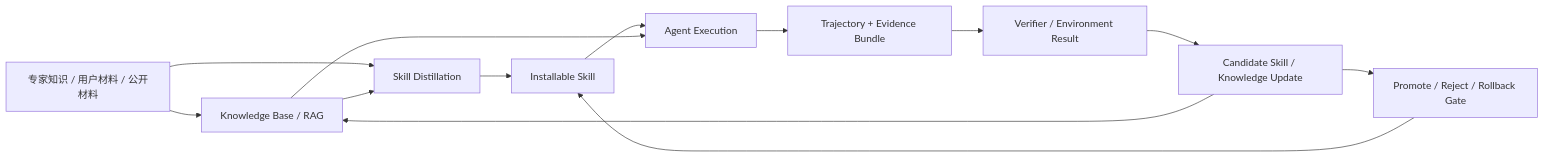
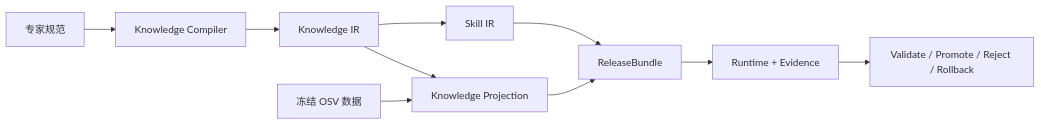
Before and after one commit to qqnnhhdmpc666/expert-skill-distillation-prototype: the diagram in README.md, drawn with Mermaid. The commit also changed other lines of this file and 17 other files, not shown here.

````diff
--- a/README.md
+++ b/README.md
@@ -19,15 +17,12 @@
 ```mermaid
 flowchart LR
-    A["专家知识 / 用户材料 / 公开材料"] --> B["Knowledge Base / RAG"]
-    A --> C["Skill Distillation"]
-    B --> C
-    C --> D["Installable Skill"]
-    D --> E["Agent Execution"]
-    B --> E
-    E --> F["Trajectory + Evidence Bundle"]
-    F --> G["Verifier / Environment Result"]
-    G --> H["Candidate Skill / Knowledge Update"]
-    H --> B
-    H --> I["Promote / Reject / Rollback Gate"]
-    I --> D
+    A["专家规范"] --> B["Knowledge Compiler"]
+    B --> C["Knowledge IR"]
+    C --> D["Skill IR"]
+    C --> E["Knowledge Projection"]
+    D --> F["ReleaseBundle"]
+    E --> F
+    G["冻结 OSV 数据"] --> E
+    F --> H["Runtime + Evidence"]
+    H --> I["Validate / Promote / Reject / Rollback"]
 ```
````
